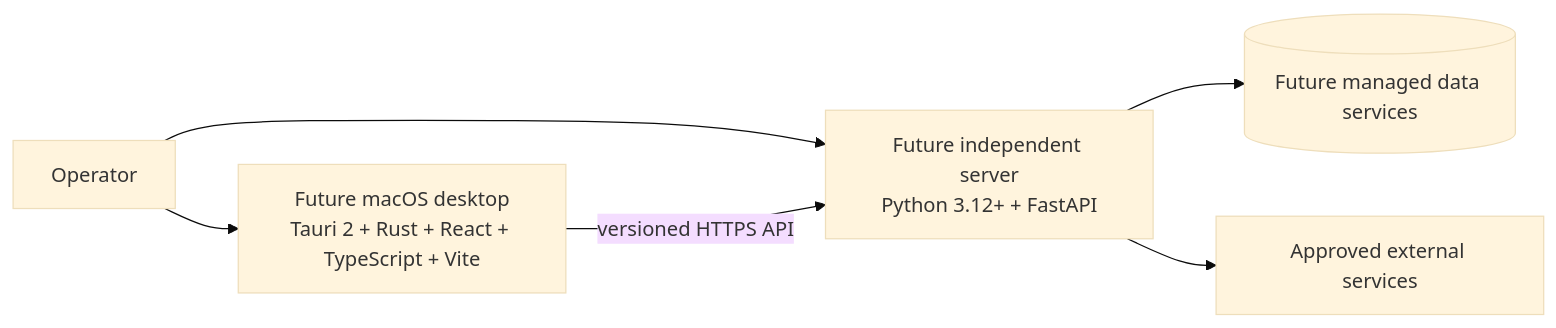
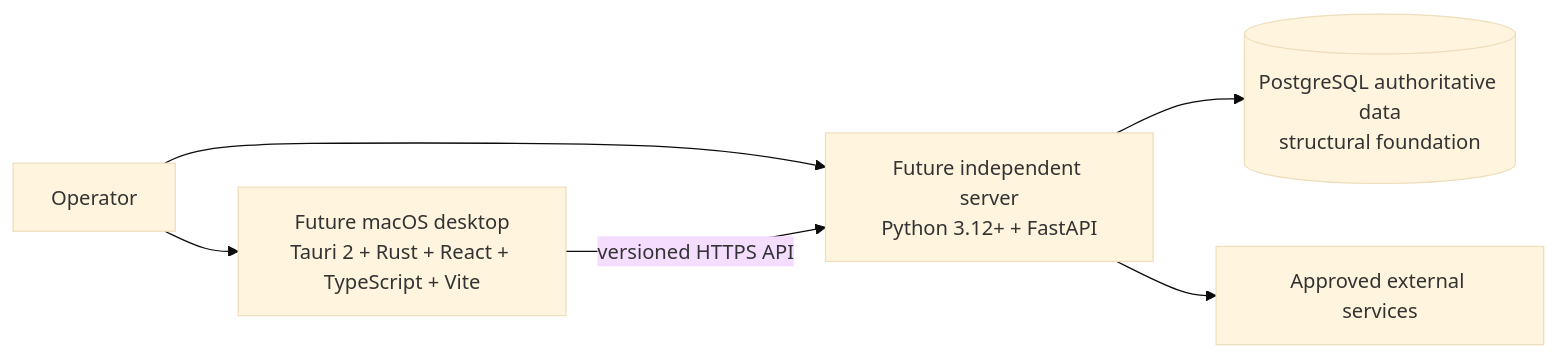
Before and after one commit to cbnbuilders47-source/pentagon5-foundation: the diagram in docs/architecture/SYSTEM_CONTEXT.md, drawn with Mermaid (base theme). The commit also changed other lines of this file and 9 other files, not shown here.

````diff
--- a/docs/architecture/SYSTEM_CONTEXT.md
+++ b/docs/architecture/SYSTEM_CONTEXT.md
@@ -16,14 +16,14 @@
 ```mermaid
 flowchart LR
     Person[Operator]
     Desktop[Future macOS desktop<br/>Tauri 2 + Rust + React + TypeScript + Vite]
     API[Future independent server<br/>Python 3.12+ + FastAPI]
-    Data[(Future managed data services)]
+    Data[(PostgreSQL authoritative data<br/>structural foundation)]
     External[Approved external services]
 
     Person --> Desktop
     Person --> API
     Desktop -->|versioned HTTPS API| API
     API --> Data
     API --> External
 ```
````
